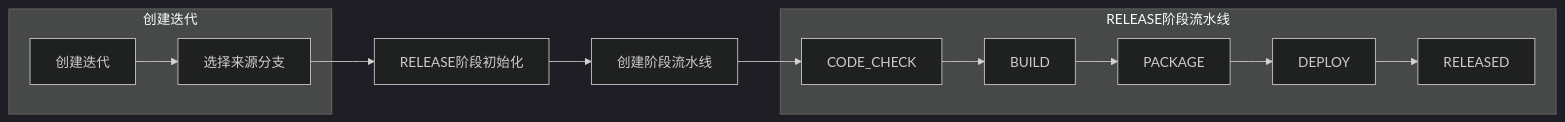
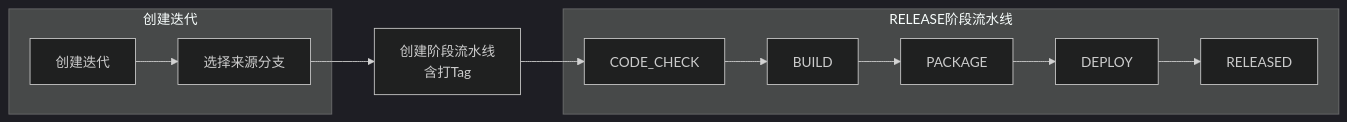
One commit to qdw497874677/high-code-doc changed the third of 8 diagrams in docs/plans/procode-platform/hld/hld.md. Above: the diagram before and after it, drawn with Mermaid (dark theme). The commit also changed other lines of this file, not shown here.

Commit message:
docs: 统一流程图，初始化合并到创建流水线节点

````diff
--- a/docs/plans/procode-platform/hld/hld.md
+++ b/docs/plans/procode-platform/hld/hld.md
@@ -137,17 +140,16 @@
 ```mermaid
 flowchart LR
     subgraph 创建迭代
         A1[创建迭代] --> A2[选择来源分支]
     end
 
-    A2 --> B0[RELEASE阶段初始化]
-    B0 --> B1[创建阶段流水线]
-    B1 --> C1
+    A2 --> B0[创建阶段流水线<br/>含打Tag]
+    B0 --> C1
 
     subgraph RELEASE阶段流水线
         C1[CODE_CHECK] --> C2[BUILD]
         C2 --> C3[PACKAGE]
         C3 --> C4[DEPLOY]
         C4 --> C5[RELEASED]
     end
 ```
````
